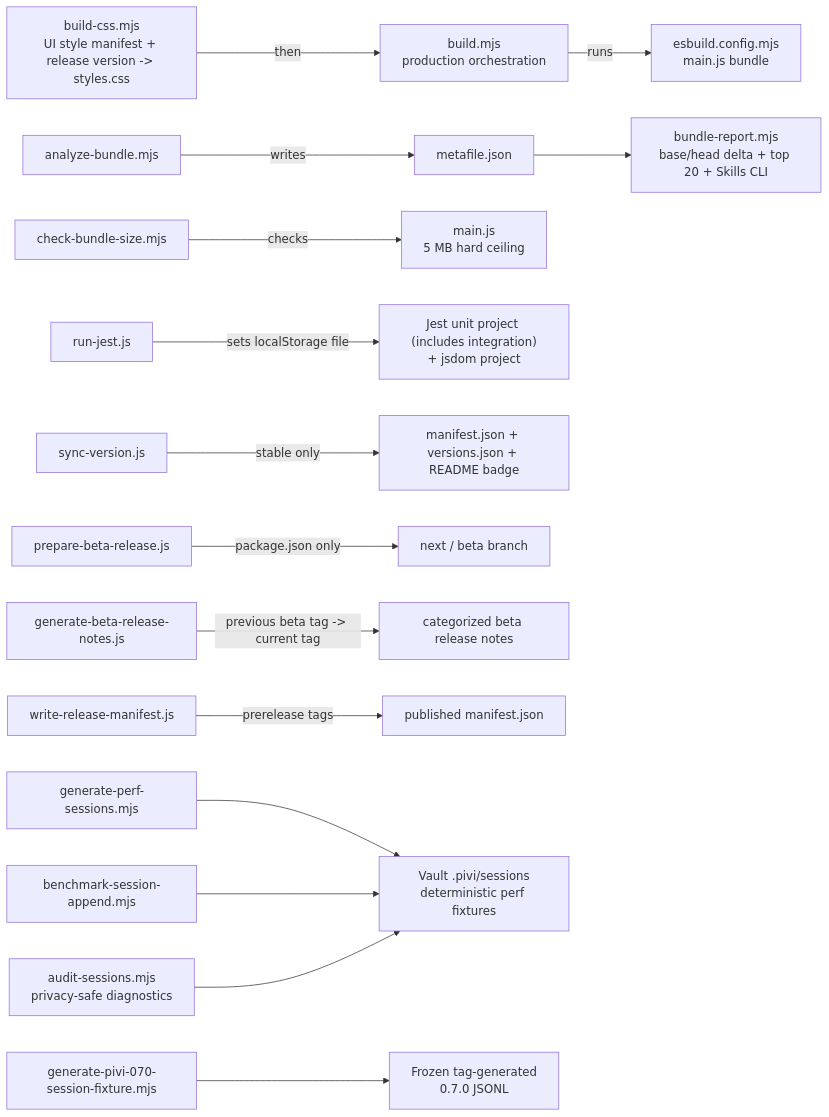
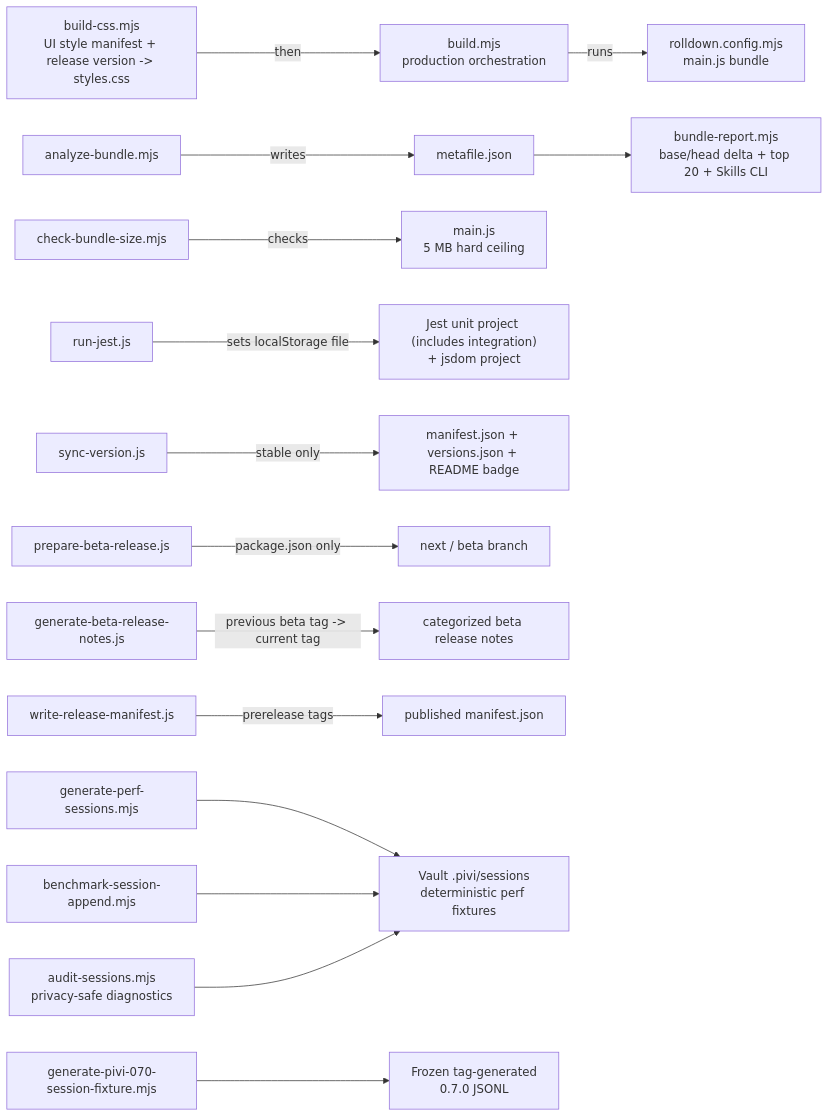
The diagram in scripts/AGENTS.md (shuuul/obsidian-pivi), drawn with Mermaid before and after one commit. The commit also changed other lines of this file and 34 other files, not shown here.

````diff
--- a/scripts/AGENTS.md
+++ b/scripts/AGENTS.md
@@ -9,17 +9,17 @@
 ```mermaid
 flowchart LR
   CSS["build-css.mjs<br/>UI style manifest + release version -> styles.css"] -- "then" --> Build["build.mjs<br/>production orchestration"]
-  Build -- "runs" --> Esbuild["esbuild.config.mjs<br/>main.js bundle"]
+  Build -- "runs" --> Rolldown["rolldown.config.mjs<br/>main.js bundle"]
   Analyze["analyze-bundle.mjs"] -- "writes" --> Meta["metafile.json"]
   Meta --> Report["bundle-report.mjs<br/>base/head delta + top 20 + Skills CLI"]
   BundleSize["check-bundle-size.mjs"] -- "checks" --> Bundle["main.js<br/>5 MB hard ceiling"]
   Jest["run-jest.js"] -- "sets localStorage file" --> Tests["Jest unit project (includes integration)<br/>+ jsdom project"]
   Version["sync-version.js"] -- "stable only" --> Manifest["manifest.json + versions.json + README badge"]
   BetaVersion["prepare-beta-release.js"] -- "package.json only" --> NextBranch["next / beta branch"]
   BetaNotes["generate-beta-release-notes.js"] -- "previous beta tag -> current tag" --> GitHubPrerelease["categorized beta release notes"]
   ReleaseManifest["write-release-manifest.js"] -- "prerelease tags" --> ReleaseAsset["published manifest.json"]
   Fixtures["generate-perf-sessions.mjs"] --> Sessions["Vault .pivi/sessions<br/>deterministic perf fixtures"]
   Provenance["generate-pivi-070-session-fixture.mjs"] --> Frozen["Frozen tag-generated<br/>0.7.0 JSONL"]
   AppendBench["benchmark-session-append.mjs"] --> Sessions
   Audit["audit-sessions.mjs<br/>privacy-safe diagnostics"] --> Sessions
 ```
````
